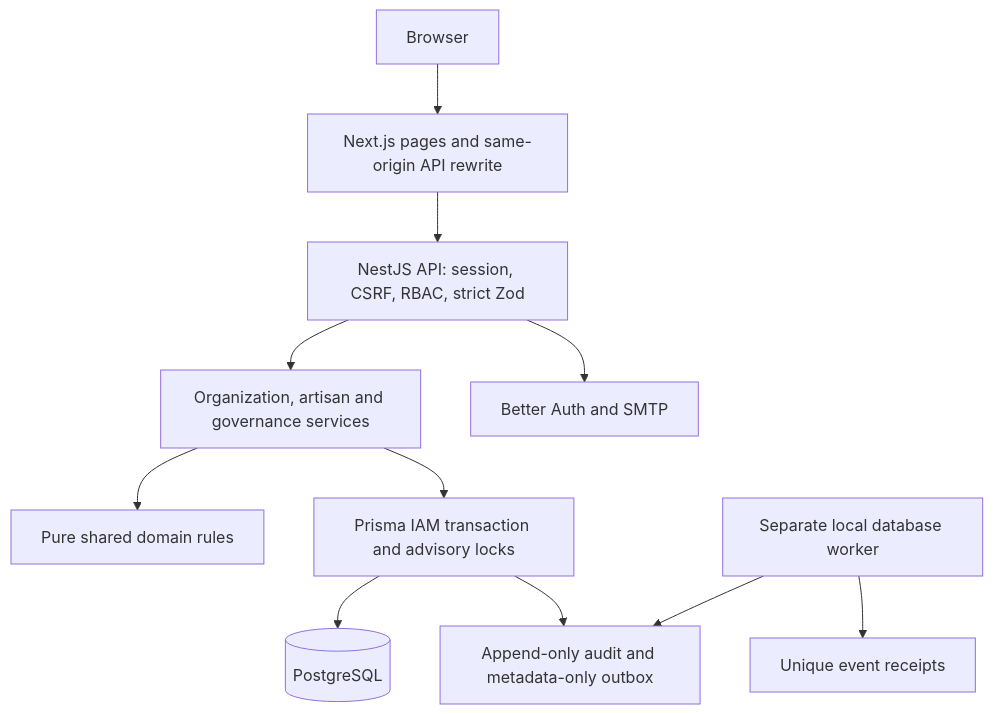
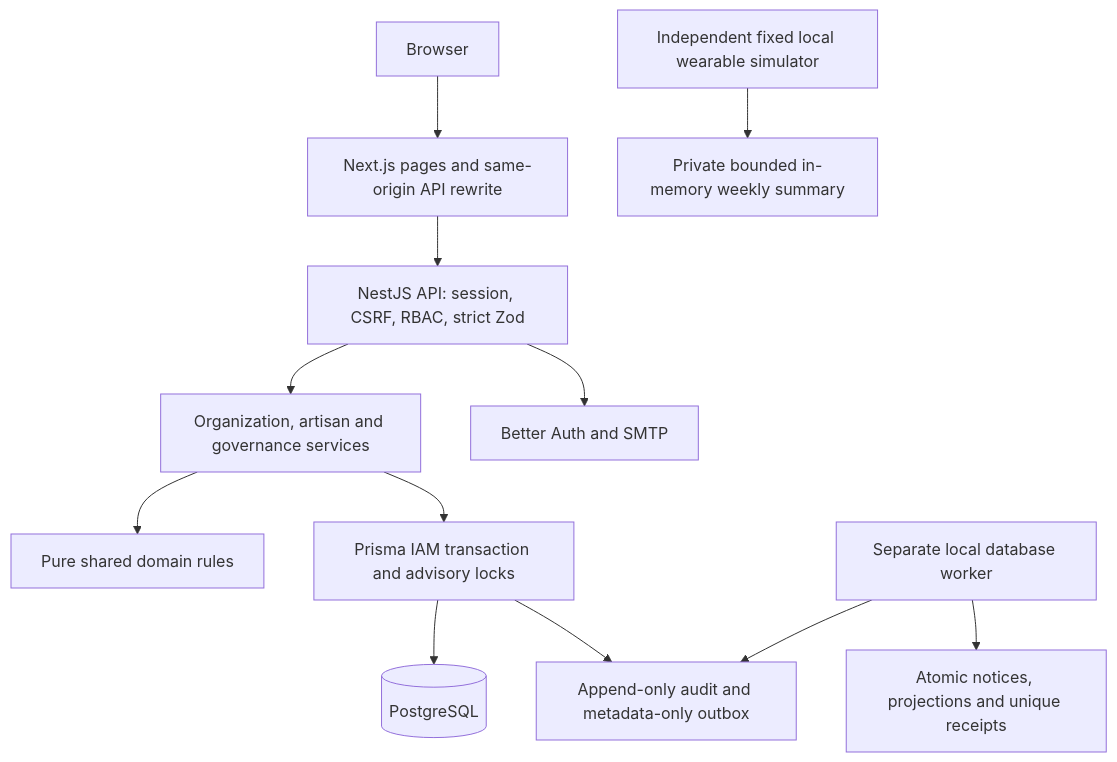
One commit to wie-challenge/website changed the diagram in docs/architecture/README.md. Above: the diagram before and after it, drawn with Mermaid. The commit also changed other lines of this file and 100 other files, not shown here.

````diff
--- a/docs/architecture/README.md
+++ b/docs/architecture/README.md
@@ -3,13 +3,14 @@
 ```mermaid
 flowchart TD
   Browser --> Next[Next.js pages and same-origin API rewrite]
   Next --> Nest[NestJS API: session, CSRF, RBAC, strict Zod]
   Nest --> Commands[Organization, artisan and governance services]
   Commands --> Rules[Pure shared domain rules]
   Commands --> TX[Prisma IAM transaction and advisory locks]
   TX --> DB[(PostgreSQL)]
   TX --> Audit[Append-only audit and metadata-only outbox]
   Worker[Separate local database worker] --> Audit
-  Worker --> Receipt[Unique event receipts]
+  Worker --> Receipt[Atomic notices, projections and unique receipts]
+  Simulator[Independent fixed local wearable simulator] --> Local[Private bounded in-memory weekly summary]
   Nest --> Auth[Better Auth and SMTP]
 ```
````
